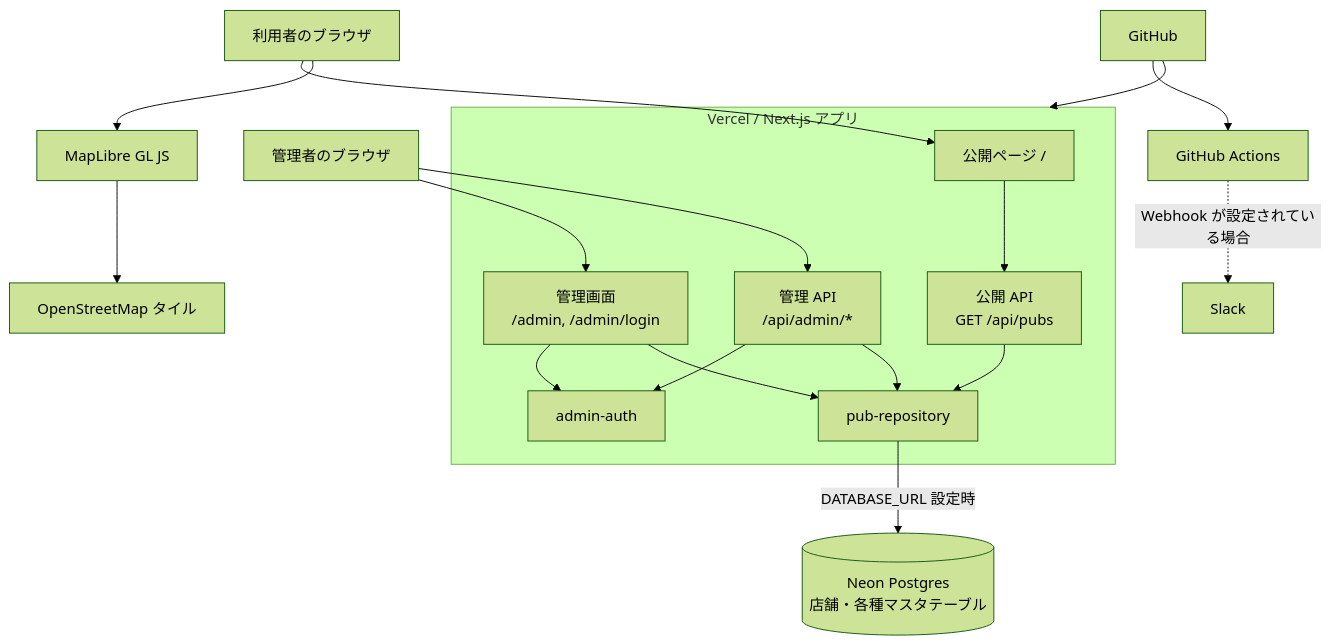
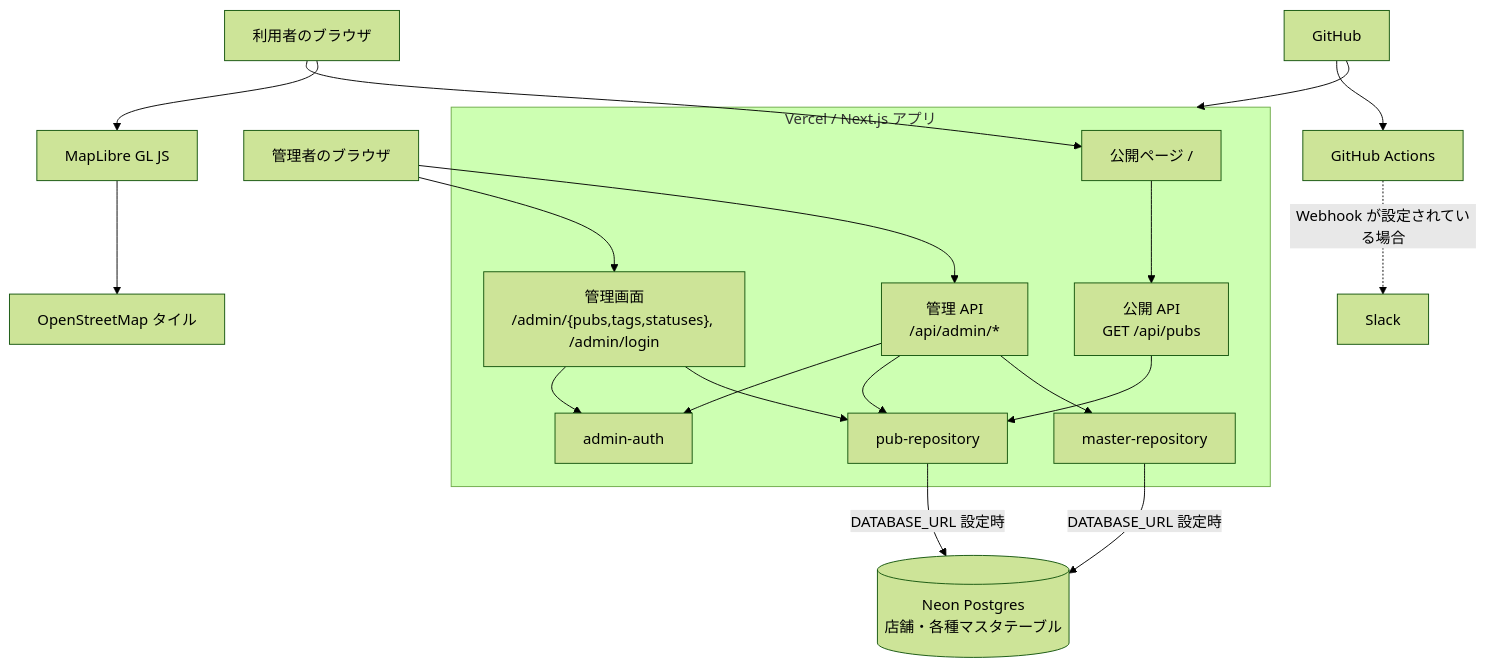
Before and after one commit to yusukefr/irishpub-map: the diagram in docs/architecture/system-overview.md, drawn with Mermaid (forest theme). The commit also changed other lines of this file and 42 other files, not shown here.

````diff
--- a/docs/architecture/system-overview.md
+++ b/docs/architecture/system-overview.md
@@ -7,40 +7,43 @@
 ```mermaid
 flowchart TB
   visitor[利用者のブラウザ]
   administrator[管理者のブラウザ]
   maplibre[MapLibre GL JS]
   osm[OpenStreetMap タイル]
   github[GitHub]
   actions[GitHub Actions]
   slack[Slack]
 
   subgraph vercel[Vercel / Next.js アプリ]
     publicPage["公開ページ /"]
     publicApi["公開 API<br/>GET /api/pubs"]
-    adminPage["管理画面<br/>/admin, /admin/login"]
+    adminPage["管理画面<br/>/admin/{pubs,tags,statuses}, /admin/login"]
     adminApi["管理 API<br/>/api/admin/*"]
     auth[admin-auth]
     repository[pub-repository]
+    masterRepository[master-repository]
   end
 
   neon[(Neon Postgres<br/>店舗・各種マスタテーブル)]
 
   visitor --> publicPage
   publicPage --> publicApi
   publicApi --> repository
   visitor --> maplibre
   maplibre --> osm
 
   administrator --> adminPage
   administrator --> adminApi
   adminPage --> auth
   adminPage --> repository
   adminApi --> auth
   adminApi --> repository
+  adminApi --> masterRepository
 
   repository -->|"DATABASE_URL 設定時"| neon
+  masterRepository -->|"DATABASE_URL 設定時"| neon
 
   github --> actions
   github --> vercel
   actions -.->|"Webhook が設定されている場合"| slack
 ```
````
